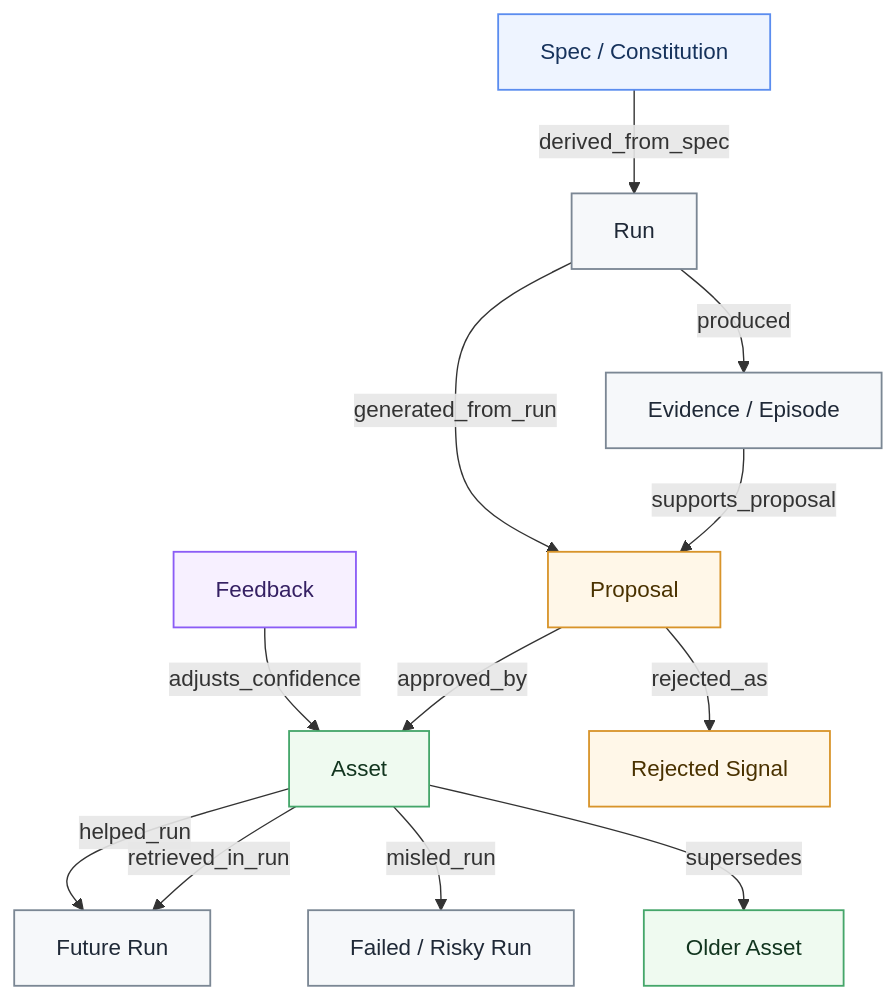
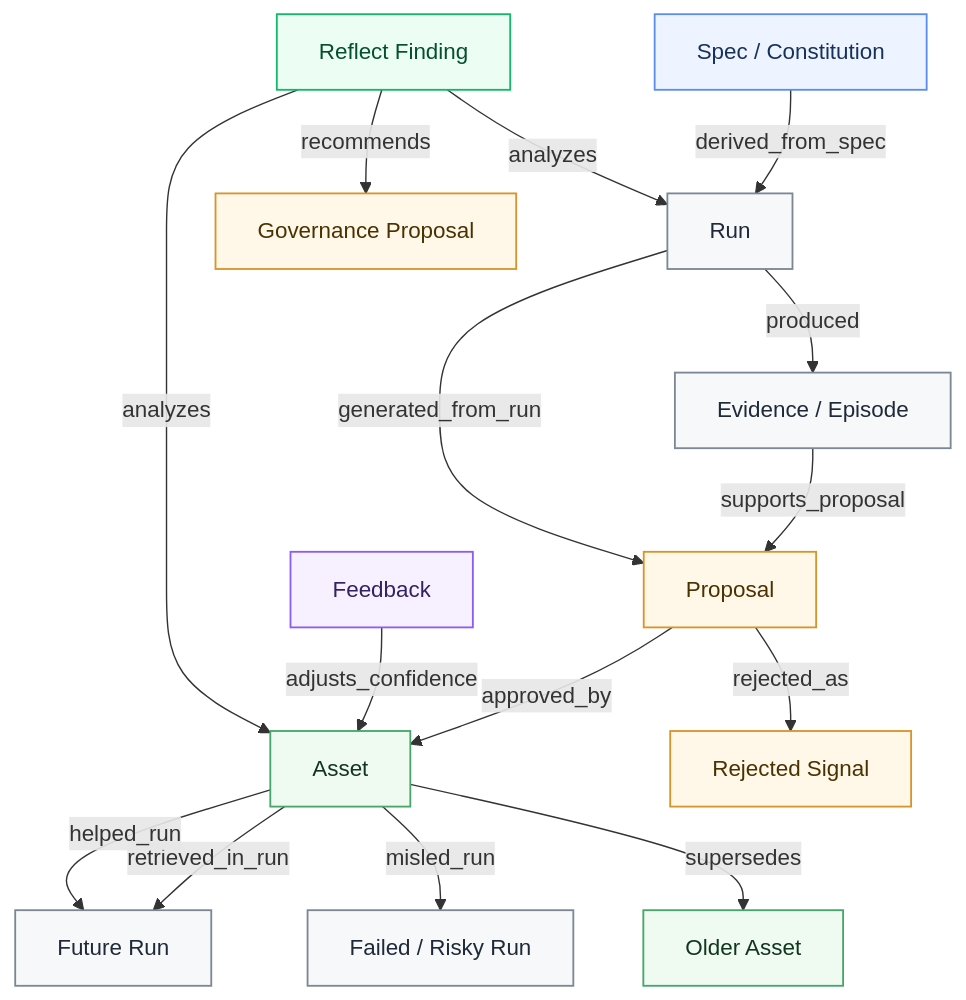
The third of 3 diagrams in README.md (Praxile-Alpha/Praxile), drawn with Mermaid before and after one commit. The commit also changed other lines of this file and 17 other files, not shown here.

````diff
--- a/README.md
+++ b/README.md
@@ -168,20 +229,24 @@
 ```mermaid
 flowchart TB
     classDef spec fill:#EEF4FF,stroke:#5B8DEF,color:#16325C,stroke-width:1.3px;
     classDef run fill:#F6F8FA,stroke:#7B8794,color:#1F2937,stroke-width:1.3px;
     classDef proposal fill:#FFF7E8,stroke:#D8942A,color:#4A3200,stroke-width:1.3px;
     classDef asset fill:#EFFAF0,stroke:#45A66A,color:#12351F,stroke-width:1.3px;
     classDef feedback fill:#F7F0FF,stroke:#8B5CF6,color:#352063,stroke-width:1.3px;
+    classDef reflect fill:#ECFDF3,stroke:#12B76A,color:#054F31,stroke-width:1.3px;
 
     S["Spec / Constitution"]:::spec -->|derived_from_spec| R1["Run"]:::run
     R1 -->|produced| E["Evidence / Episode"]:::run
     E -->|supports_proposal| P["Proposal"]:::proposal
     R1 -->|generated_from_run| P
     P -->|approved_by| A["Asset"]:::asset
     A -->|retrieved_in_run| R2["Future Run"]:::run
     A -->|helped_run| R2
     A -->|misled_run| R3["Failed / Risky Run"]:::run
     F["Feedback"]:::feedback -->|adjusts_confidence| A
     A -->|supersedes| A2["Older Asset"]:::asset
     P -->|rejected_as| X["Rejected Signal"]:::proposal
+    RF["Reflect Finding"]:::reflect -->|recommends| P2["Governance Proposal"]:::proposal
+    RF -->|analyzes| A
+    RF -->|analyzes| R1
 ```
````
